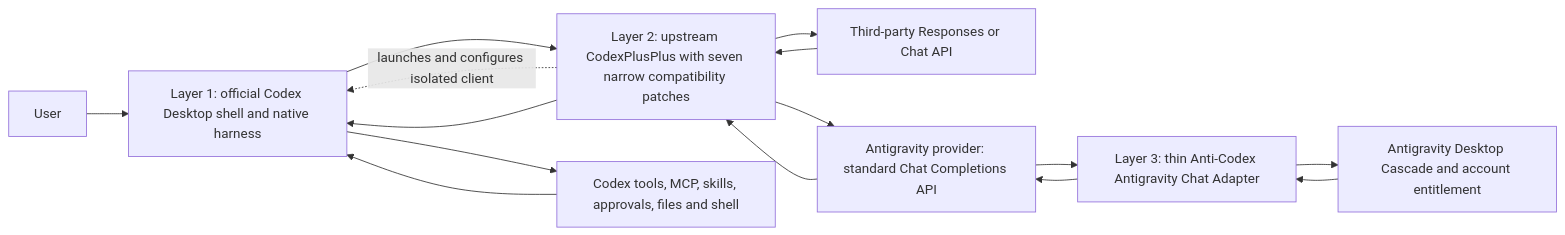
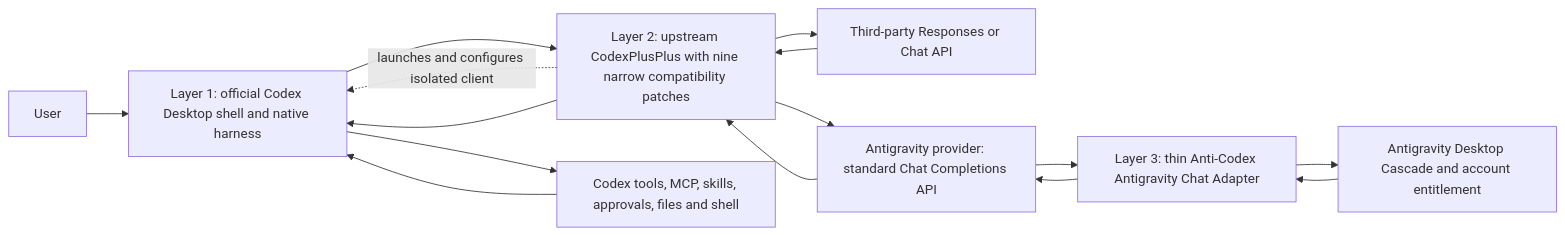
The diagram in docs/THREE_LAYER_ARCHITECTURE.md (saerda8/Anti-Codex), drawn with Mermaid before and after one commit. The commit also changed other lines of this file and 114 other files, not shown here.

````diff
--- a/docs/THREE_LAYER_ARCHITECTURE.md
+++ b/docs/THREE_LAYER_ARCHITECTURE.md
@@ -12,14 +22,14 @@
 ```mermaid
 flowchart LR
     U["User"] --> C["Layer 1: official Codex Desktop shell and native harness"]
-    P["Layer 2: upstream CodexPlusPlus with seven narrow compatibility patches"] -. "launches and configures isolated client" .-> C
+    P["Layer 2: upstream CodexPlusPlus with nine narrow compatibility patches"] -. "launches and configures isolated client" .-> C
     C --> P
     P --> X["Third-party Responses or Chat API"]
     X --> P
     P --> H["Antigravity provider: standard Chat Completions API"]
     H --> A["Layer 3: thin Anti-Codex Antigravity Chat Adapter"]
     A --> G["Antigravity Desktop Cascade and account entitlement"]
     G --> A --> H --> P --> C
     C --> T["Codex tools, MCP, skills, approvals, files and shell"]
     T --> C
 ```
````
